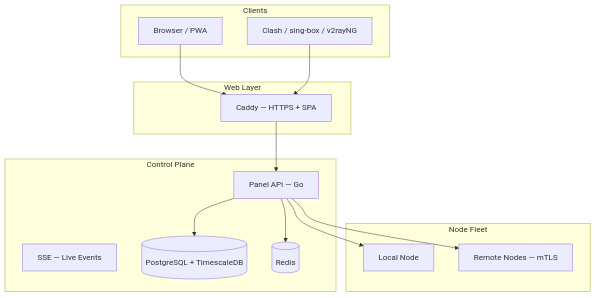
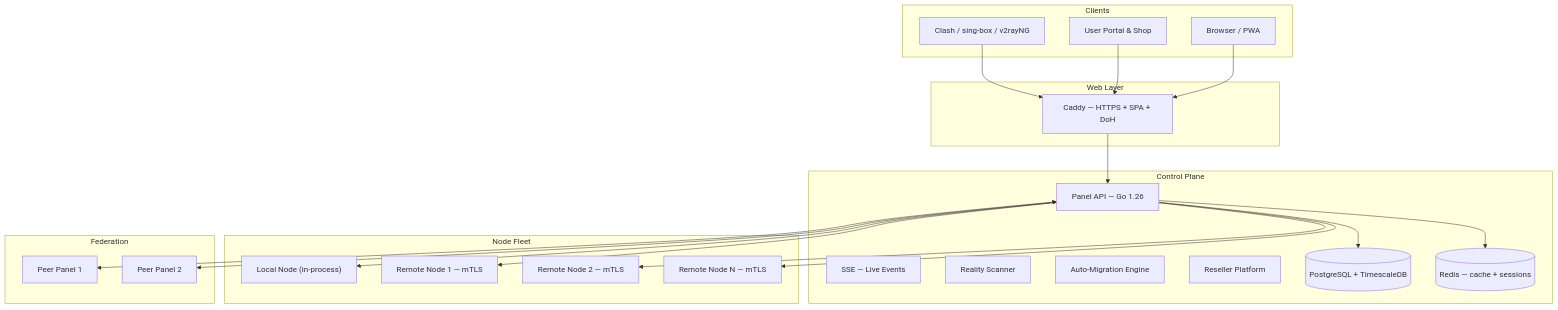
The diagram in docs/wiki/ar/README.md (iPmartNetwork/VortexUI), drawn with Mermaid before and after one commit. The commit also changed other lines of this file and 56 other files, not shown here.

````diff
--- a/docs/wiki/ar/README.md
+++ b/docs/wiki/ar/README.md
@@ -24,27 +72,42 @@
 ```mermaid
 flowchart TB
-    subgraph Client["Clients"]
+    subgraph Clients["Clients"]
         Browser["Browser / PWA"]
+        Portal["User Portal & Shop"]
         ProxyApp["Clash / sing-box / v2rayNG"]
     end
     subgraph Web["Web Layer"]
-        Caddy["Caddy — HTTPS + SPA"]
+        Caddy["Caddy — HTTPS + SPA + DoH"]
     end
     subgraph Panel["Control Plane"]
-        API["Panel API — Go"]
+        API["Panel API — Go 1.26"]
         SSE["SSE — Live Events"]
+        Scanner["Reality Scanner"]
+        Migration["Auto-Migration Engine"]
+        Reseller["Reseller Platform"]
         DB[(PostgreSQL + TimescaleDB)]
-        Redis[(Redis)]
+        Redis[(Redis — cache + sessions)]
     end
     subgraph Nodes["Node Fleet"]
-        Local["Local Node"]
-        Remote["Remote Nodes — mTLS"]
+        Local["Local Node (in-process)"]
+        Remote1["Remote Node 1 — mTLS"]
+        Remote2["Remote Node 2 — mTLS"]
+        RemoteN["Remote Node N — mTLS"]
+    end
+    subgraph Federation["Federation"]
+        Peer1["Peer Panel 1"]
+        Peer2["Peer Panel 2"]
     end
     Browser --> Caddy
+    Portal --> Caddy
     ProxyApp --> Caddy
     Caddy --> API
     API --> DB
     API --> Redis
     API --> Local
-    API --> Remote
+    API --> Remote1
+    API --> Remote2
+    API --> RemoteN
+    API <--> Peer1
+    API <--> Peer2
 ```
````
